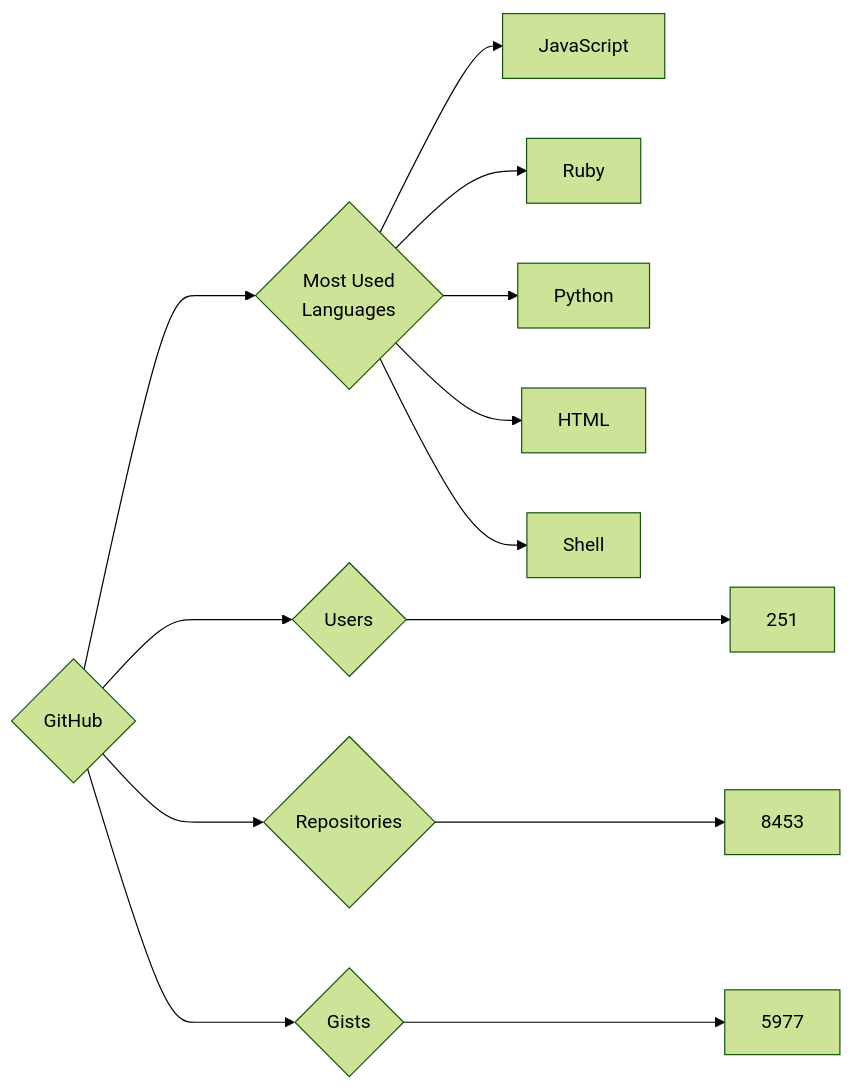
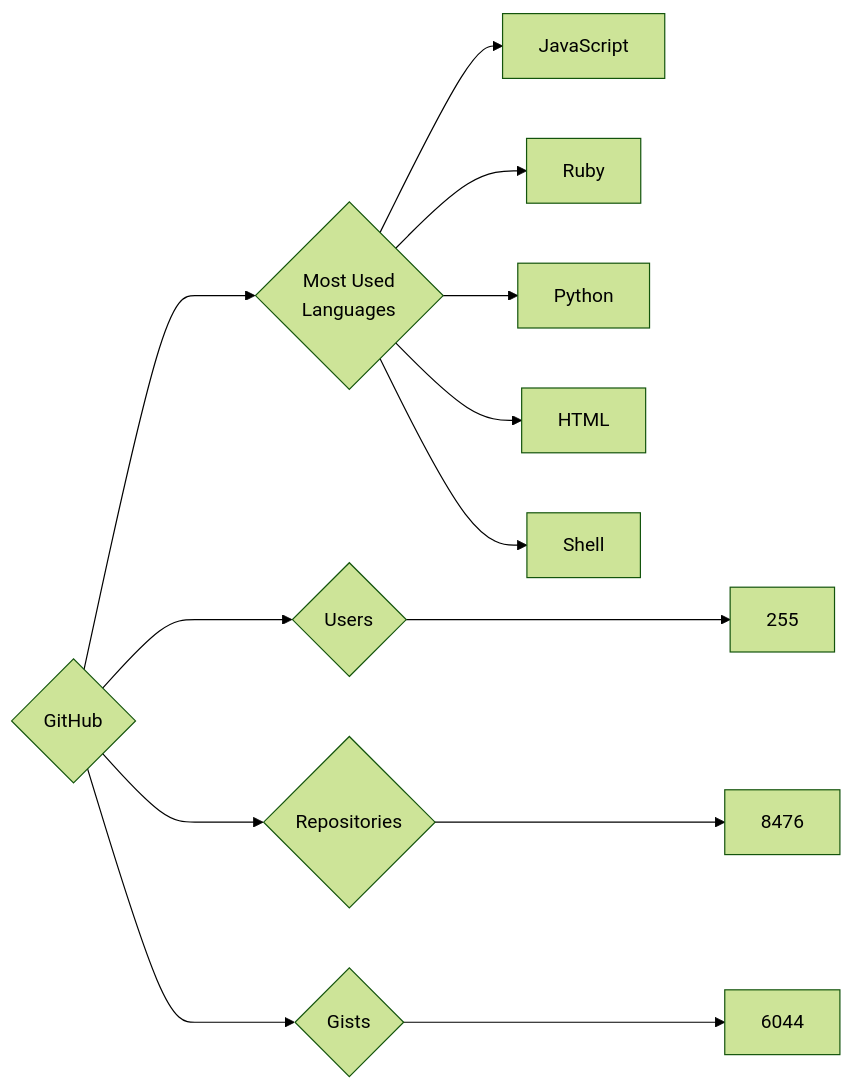
One commit to trickest/insiders changed the diagram in targets/GitHub/README.md. Above: the diagram before and after it, drawn with Mermaid (forest theme). The commit also changed 611 other files, not shown here.

````diff
--- a/targets/GitHub/README.md
+++ b/targets/GitHub/README.md
@@ -3,13 +3,13 @@
 ```mermaid
 graph LR
 COMPANY_NAME{GitHub}
-COMPANY_NAME ---> U{Users} ---> UN[251]
-COMPANY_NAME ---> R{Repositories} ---> RN[8453]
-COMPANY_NAME ---> G{Gists} ---> GN[5977]
+COMPANY_NAME ---> U{Users} ---> UN[255]
+COMPANY_NAME ---> R{Repositories} ---> RN[8476]
+COMPANY_NAME ---> G{Gists} ---> GN[6044]
 COMPANY_NAME ---> ML{Most Used<br>Languages}
 ML --> JavaScript[JavaScript]
 ML --> Ruby[Ruby]
 ML --> Python[Python]
 ML --> HTML[HTML]
 ML --> Shell[Shell]
 ```
````
